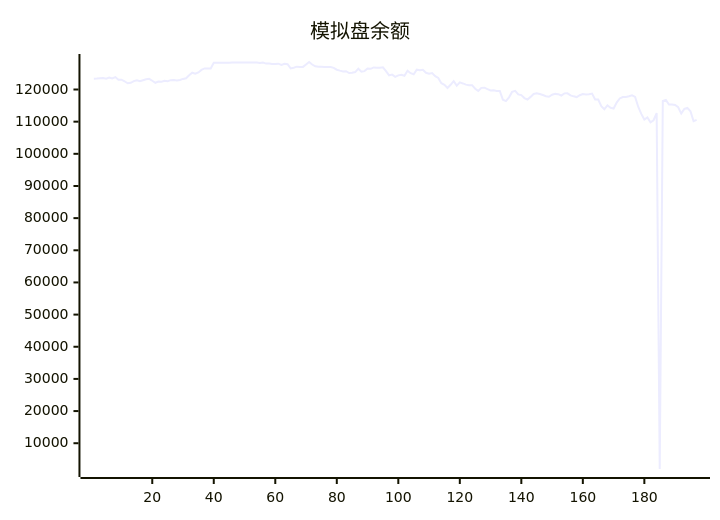
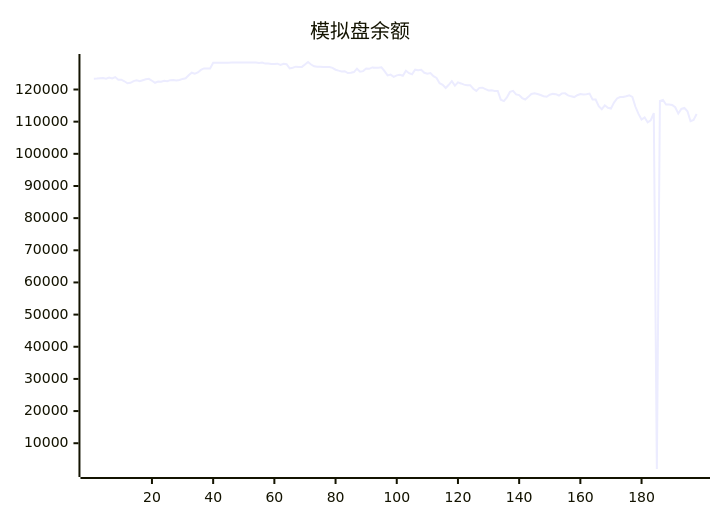
The diagram in README.md (aahl/ai-trading), drawn with Mermaid before and after one commit. The commit also changed other lines of this file and 1 other file, not shown here.

````diff
--- a/README.md
+++ b/README.md
@@ -5,5 +5,5 @@
 ```mermaid
 xychart
     title "模拟盘余额"
-    line [123338,123402,123530,123592,123378,123745,123413,123853,123009,123040,122557,121938,122095,122599,122856,122597,122898,123160,123319,122719,122087,122454,122416,122685,122592,122907,122961,122776,122981,123295,123507,124403,125224,124894,125303,126088,126544,126534,126549,128335,128318,128318,128318,128318,128318,128424,128424,128424,128424,128424,128424,128424,128424,128424,128247,128412,128062,128087,127917,127901,128026,127611,128000,127850,126572,126770,127100,126971,127029,127783,128554,127765,127224,127064,127044,127009,127025,127004,126738,126152,125871,125635,125707,125117,125217,125420,126480,125545,125715,126511,126424,126856,126764,126788,126890,125710,124381,124632,123936,124402,124574,124256,125833,125070,124739,126154,125966,126145,125213,124943,125143,124157,123604,121959,121476,120476,121470,122610,121201,122221,121889,121522,121332,121344,120232,119559,120513,120577,120108,119680,119777,119572,119568,116839,116392,117573,119250,119585,118469,118277,117338,116897,117706,118628,118849,118579,118280,117926,117735,118373,118639,118544,118136,118798,118819,118162,117874,117649,118215,118601,118463,118517,118713,116911,116899,114798,113887,115084,114313,114091,115934,117221,117658,117658,117883,118164,117693,114632,112403,110644,111313,109777,110444,112673,1984,116419,116772,115355,115355,115198,114476,112510,113954,114276,113223,110151,110561]
+    line [123338,123402,123530,123592,123378,123745,123413,123853,123009,123040,122557,121938,122095,122599,122856,122597,122898,123160,123319,122719,122087,122454,122416,122685,122592,122907,122961,122776,122981,123295,123507,124403,125224,124894,125303,126088,126544,126534,126549,128335,128318,128318,128318,128318,128318,128424,128424,128424,128424,128424,128424,128424,128424,128424,128247,128412,128062,128087,127917,127901,128026,127611,128000,127850,126572,126770,127100,126971,127029,127783,128554,127765,127224,127064,127044,127009,127025,127004,126738,126152,125871,125635,125707,125117,125217,125420,126480,125545,125715,126511,126424,126856,126764,126788,126890,125710,124381,124632,123936,124402,124574,124256,125833,125070,124739,126154,125966,126145,125213,124943,125143,124157,123604,121959,121476,120476,121470,122610,121201,122221,121889,121522,121332,121344,120232,119559,120513,120577,120108,119680,119777,119572,119568,116839,116392,117573,119250,119585,118469,118277,117338,116897,117706,118628,118849,118579,118280,117926,117735,118373,118639,118544,118136,118798,118819,118162,117874,117649,118215,118601,118463,118517,118713,116911,116899,114798,113887,115084,114313,114091,115934,117221,117658,117658,117883,118164,117693,114632,112403,110644,111313,109777,110444,112673,1984,116419,116772,115355,115355,115198,114476,112510,113954,114276,113223,110151,110561,112361]
 ```
````
